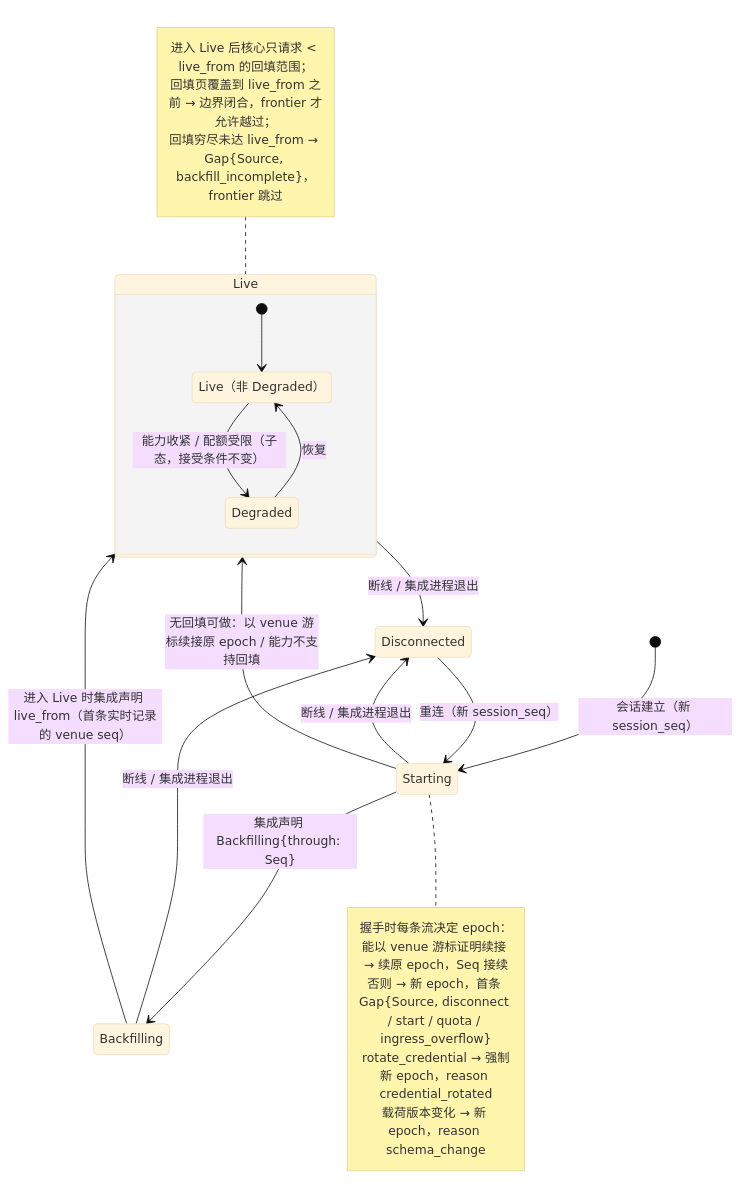
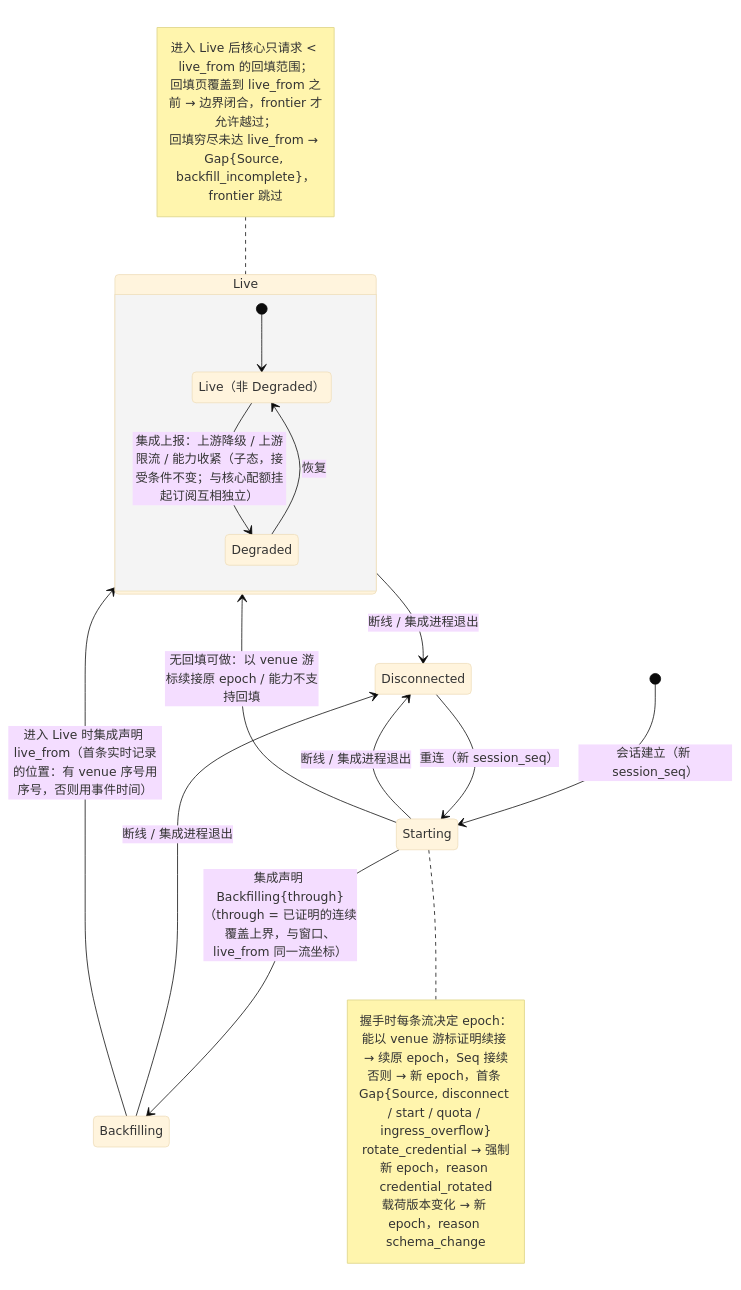
Before and after one commit to mouriya-s-lab/uta: the second of 5 diagrams in design/diagrams/03-observation-ingest.md, drawn with Mermaid (base theme). The commit also changed 19 other files, not shown here.

Commit message:
design: integrate contract clusters — one-to-many receipt/reconciliation records with per-record attribution, read_model signatures per kind, unified not-called read outcomes, observation-record wording across diagrams, reference and glossary alignment

````diff
--- a/design/diagrams/03-observation-ingest.md
+++ b/design/diagrams/03-observation-ingest.md
@@ -51,29 +51,29 @@
 ```mermaid
 stateDiagram-v2
   state "Live（非 Degraded）" as LN
   [*] --> Starting : 会话建立（新 session_seq）
-  Starting --> Backfilling : 集成声明 Backfilling{through: Seq}
+  Starting --> Backfilling : 集成声明 Backfilling{through}（through = 已证明的连续覆盖上界，与窗口、live_from 同一流坐标）
   Starting --> Live : 无回填可做：以 venue 游标续接原 epoch / 能力不支持回填
-  Backfilling --> Live : 进入 Live 时集成声明 live_from（首条实时记录的 venue seq）
+  Backfilling --> Live : 进入 Live 时集成声明 live_from（首条实时记录的位置：有 venue 序号用序号，否则用事件时间）
   state Live {
     [*] --> LN
-    LN --> Degraded : 能力收紧 / 配额受限（子态，接受条件不变）
+    LN --> Degraded : 集成上报：上游降级 / 上游限流 / 能力收紧（子态，接受条件不变；与核心配额挂起订阅互相独立）
     Degraded --> LN : 恢复
   }
   note left of Live
     进入 Live 后核心只请求 < live_from 的回填范围；
     回填页覆盖到 live_from 之前 → 边界闭合，frontier 才允许越过；
     回填穷尽未达 live_from → Gap{Source, backfill_incomplete}，frontier 跳过
   end note
   Starting --> Disconnected : 断线 / 集成进程退出
   Backfilling --> Disconnected : 断线 / 集成进程退出
   Live --> Disconnected : 断线 / 集成进程退出
   Disconnected --> Starting : 重连（新 session_seq）
   note right of Starting
     握手时每条流决定 epoch：
     能以 venue 游标证明续接 → 续原 epoch，Seq 接续
     否则 → 新 epoch，首条 Gap{Source, disconnect / start / quota / ingress_overflow}
     rotate_credential → 强制新 epoch，reason credential_rotated
     载荷版本变化 → 新 epoch，reason schema_change
   end note
 ```
````
